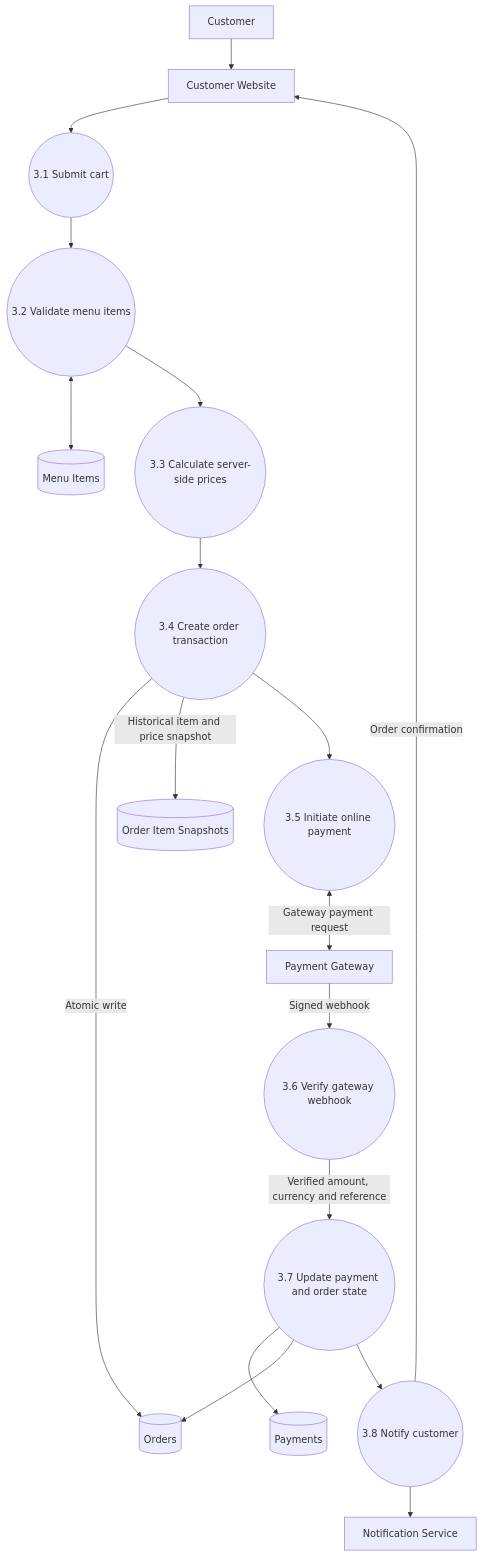
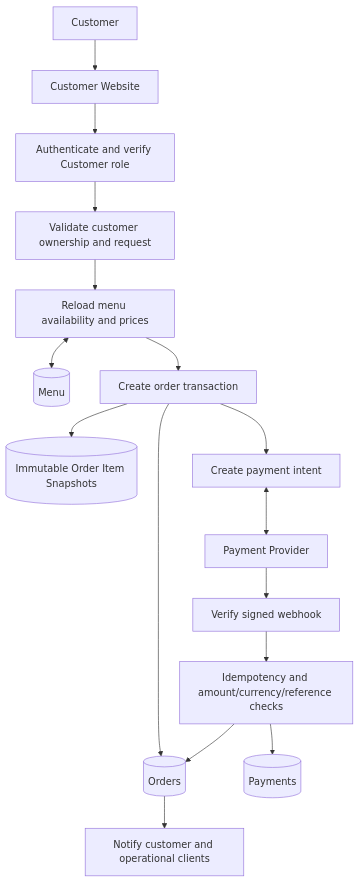
Before and after one commit to tammela-balakrishna/Mr.Biryani: the fourth of 8 diagrams in backend/docs/data-flow-diagrams.md, drawn with Mermaid. The commit also changed other lines of this file, not shown here.

Commit message:
docs: update backend DFDs for seven-role RBAC

````diff
--- a/backend/docs/data-flow-diagrams.md
+++ b/backend/docs/data-flow-diagrams.md
@@ -175,40 +174,18 @@
 ```mermaid
 flowchart TD
-    C[Customer]
-    UI[Customer Website]
-
-    P1((3.1 Submit cart))
-    P2((3.2 Validate menu items))
-    P3((3.3 Calculate server-side prices))
-    P4((3.4 Create order transaction))
-    P5((3.5 Initiate online payment))
-    P6((3.6 Verify gateway webhook))
-    P7((3.7 Update payment and order state))
-    P8((3.8 Notify customer))
-
-    D1[(Menu Items)]
-    D2[(Orders)]
-    D3[(Order Item Snapshots)]
-    D4[(Payments)]
-
-    PG[Payment Gateway]
-    N[Notification Service]
-
-    C --> UI
-    UI --> P1
-    P1 --> P2
-    P2 <--> D1
-    P2 --> P3
-    P3 --> P4
-    P4 -->|Atomic write| D2
-    P4 -->|Historical item and price snapshot| D3
-    P4 --> P5
-    P5 <-->|Gateway payment request| PG
-    PG -->|Signed webhook| P6
-    P6 -->|Verified amount, currency and reference| P7
-    P7 --> D4
-    P7 --> D2
-    P7 --> P8
-    P8 --> N
-    P8 -->|Order confirmation| UI
+    C[Customer] --> UI[Customer Website]
+    UI --> AUTH[Authenticate and verify Customer role]
+    AUTH --> OWN[Validate customer ownership and request]
+    OWN --> MENU[Reload menu availability and prices]
+    MENU <--> D1[(Menu)]
+    MENU --> TX[Create order transaction]
+    TX --> O[(Orders)]
+    TX --> I[(Immutable Order Item Snapshots)]
+    TX --> PAY[Create payment intent]
+    PAY <--> PG[Payment Provider]
+    PG --> WH[Verify signed webhook]
+    WH --> IDEM[Idempotency and amount/currency/reference checks]
+    IDEM --> P[(Payments)]
+    IDEM --> O
+    O --> N[Notify customer and operational clients]
 ```
````
